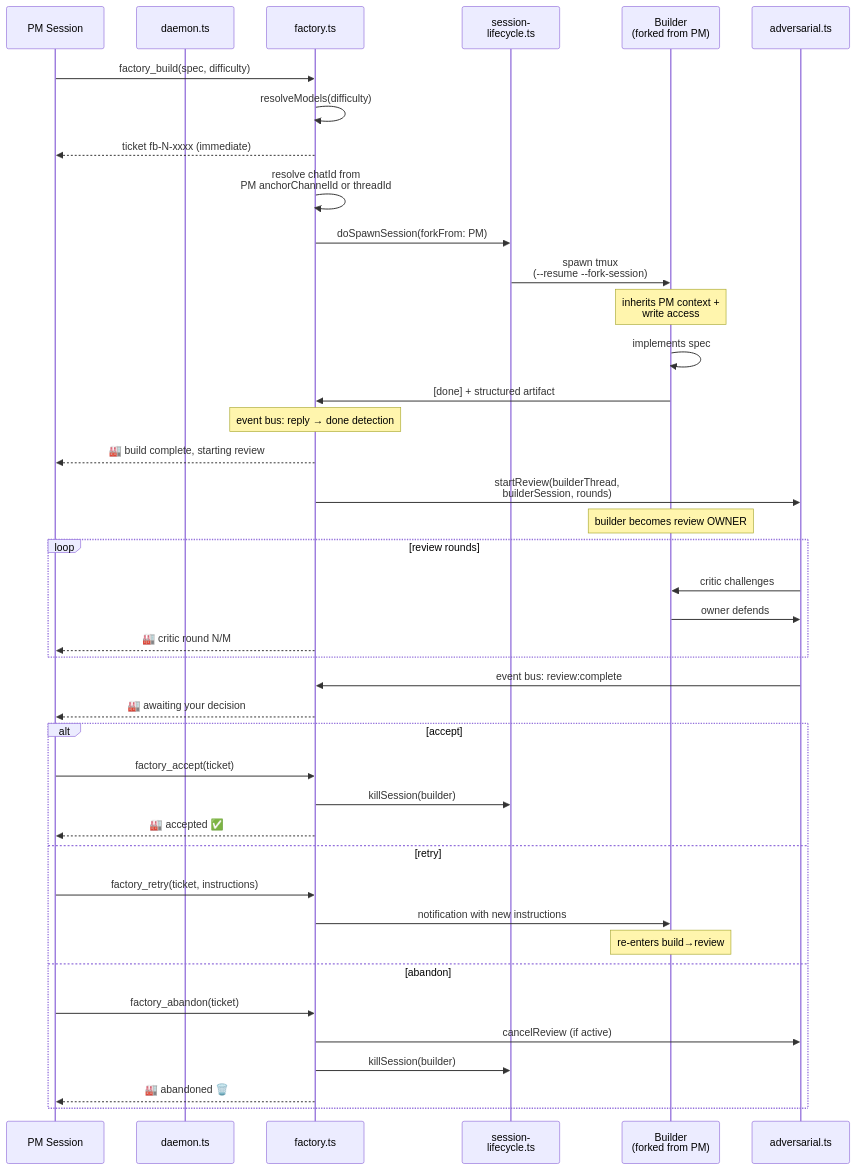
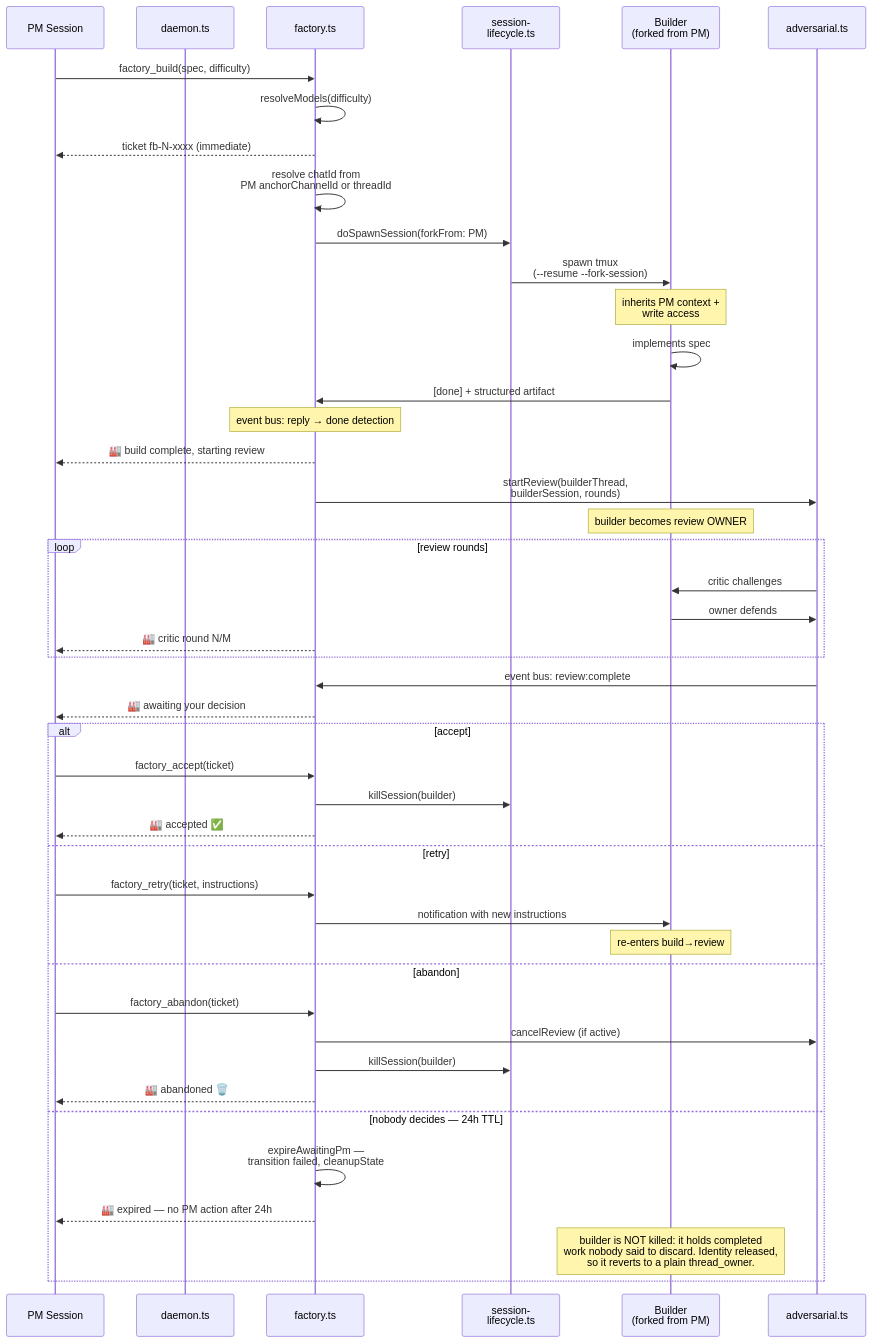
The diagram in diagrams/flow-factory.mmd (sf8193/hydra), drawn with Mermaid before and after one commit. The commit also changed 15 other files, not shown here.

```diff
--- a/diagrams/flow-factory.mmd
+++ b/diagrams/flow-factory.mmd
@@ -1,52 +1,56 @@
 %% Factory — async build→review cycle with PM notification loop
 %% PM stays in their thread. Builder works in a new thread.
 %% Daemon enforces the lifecycle.
 
 sequenceDiagram
     participant PM as PM Session
     participant daemon as daemon.ts
     participant factory as factory.ts
     participant lifecycle as session-<br/>lifecycle.ts
     participant builder as Builder<br/>(forked from PM)
     participant review as adversarial.ts
 
     PM->>factory: factory_build(spec, difficulty)
     factory->>factory: resolveModels(difficulty)
     factory-->>PM: ticket fb-N-xxxx (immediate)
 
     factory->>factory: resolve chatId from<br/>PM anchorChannelId or threadId
     factory->>lifecycle: doSpawnSession(forkFrom: PM)
     lifecycle->>builder: spawn tmux<br/>(--resume --fork-session)
     Note over builder: inherits PM context +<br/>write access
 
     builder->>builder: implements spec
     builder->>factory: [done] + structured artifact
     Note over factory: event bus: reply → done detection
 
     factory-->>PM: 🏭 build complete, starting review
     factory->>review: startReview(builderThread,<br/>builderSession, rounds)
     Note over builder: builder becomes review OWNER
 
     loop review rounds
         review->>builder: critic challenges
         builder->>review: owner defends
         factory-->>PM: 🏭 critic round N/M
     end
 
     review->>factory: event bus: review:complete
     factory-->>PM: 🏭 awaiting your decision
 
     alt accept
         PM->>factory: factory_accept(ticket)
         factory->>lifecycle: killSession(builder)
         factory-->>PM: 🏭 accepted ✅
     else retry
         PM->>factory: factory_retry(ticket, instructions)
         factory->>builder: notification with new instructions
         Note over builder: re-enters build→review
     else abandon
         PM->>factory: factory_abandon(ticket)
         factory->>review: cancelReview (if active)
         factory->>lifecycle: killSession(builder)
         factory-->>PM: 🏭 abandoned 🗑️
+    else nobody decides — 24h TTL
+        factory->>factory: expireAwaitingPm —<br/>transition failed, cleanupState
+        factory-->>PM: 🏭 expired — no PM action after 24h
+        Note over builder: builder is NOT killed: it holds completed<br/>work nobody said to discard. Identity released,<br/>so it reverts to a plain thread_owner.
     end
```
